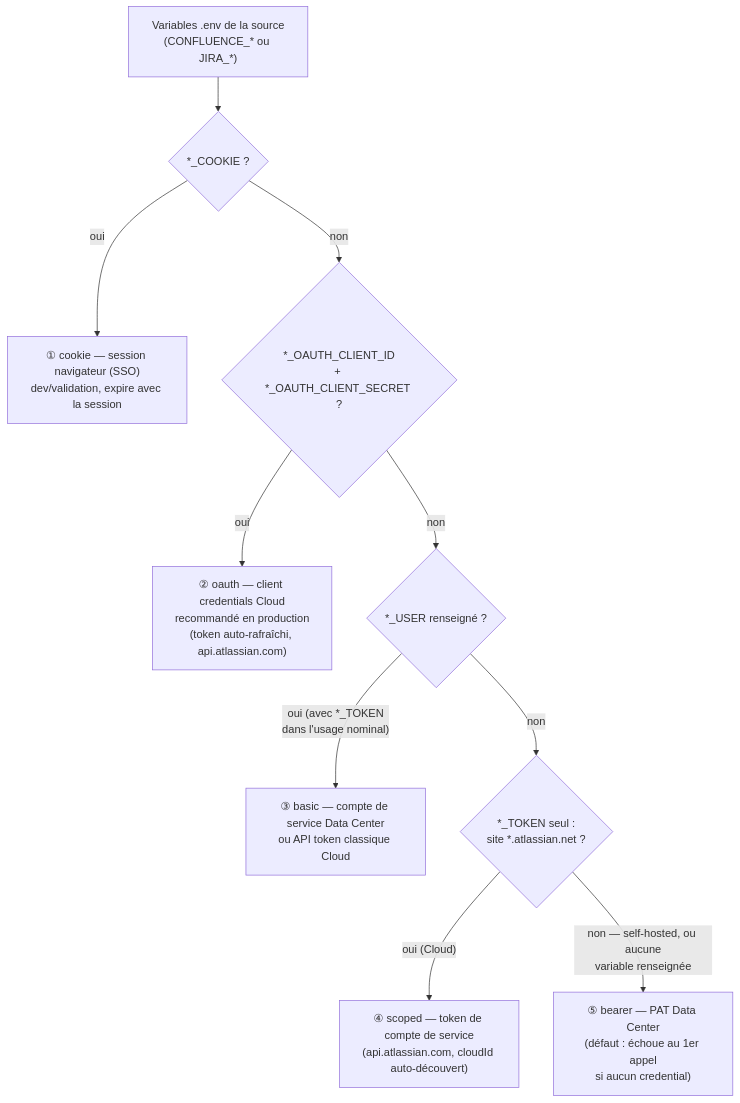
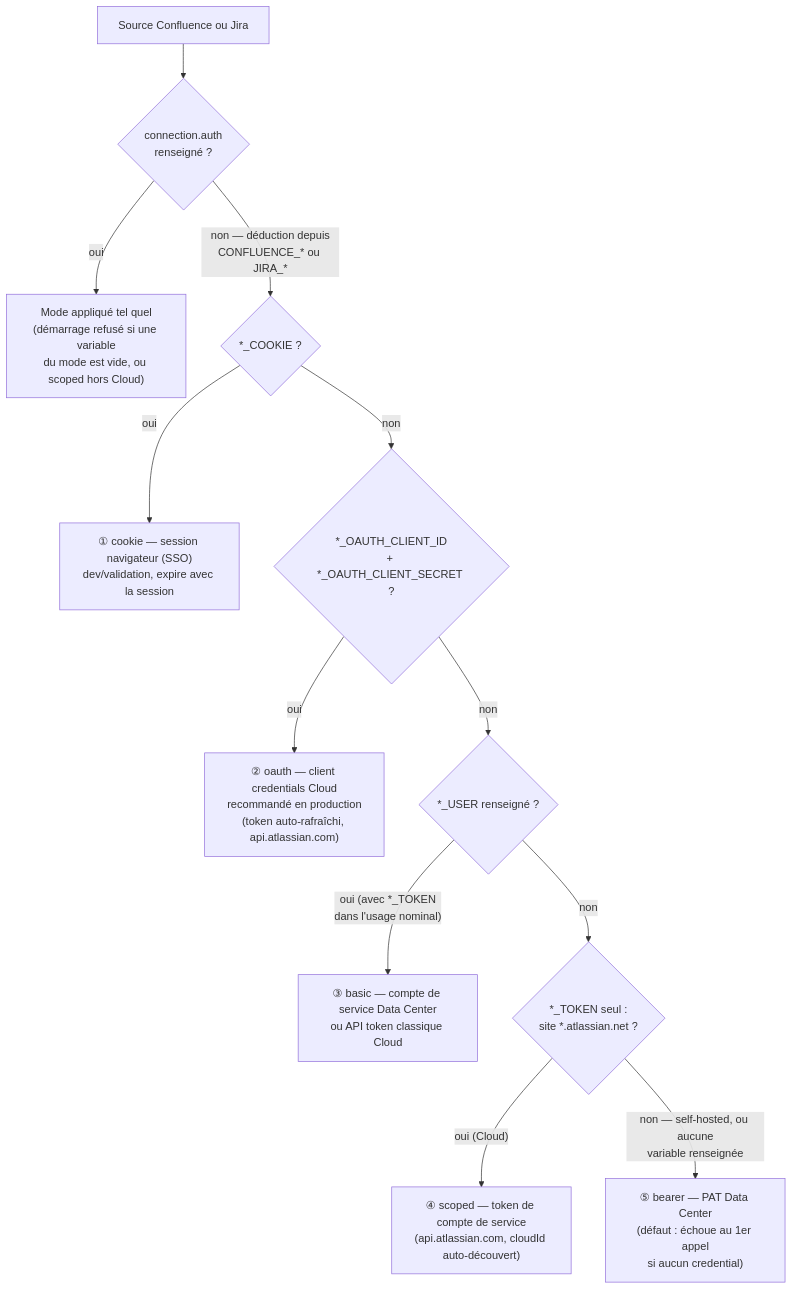
One commit to fatahbenguenna/x-rag-project-assistant changed the fourth of 6 diagrams in docs/WORKFLOWS.md. Above: the diagram before and after it, drawn with Mermaid. The commit also changed other lines of this file and 20 other files, not shown here.

First line of the commit message:
refactor: config — bloc connection explicite par source

````diff
--- a/docs/WORKFLOWS.md
+++ b/docs/WORKFLOWS.md
@@ -82,12 +84,14 @@
 ```mermaid
 flowchart TD
-    START["Variables .env de la source<br/>(CONFLUENCE_* ou JIRA_*)"] --> C1{"*_COOKIE ?"}
+    START["Source Confluence ou Jira"] --> C0{"connection.auth<br/>renseigné ?"}
+    C0 -->|oui| EXPLICIT["Mode appliqué tel quel<br/>(démarrage refusé si une variable<br/>du mode est vide, ou scoped hors Cloud)"]
+    C0 -->|"non — déduction depuis<br/>CONFLUENCE_* ou JIRA_*"| C1{"*_COOKIE ?"}
     C1 -->|oui| COOKIE["① cookie — session navigateur (SSO)<br/>dev/validation, expire avec la session"]
     C1 -->|non| C2{"*_OAUTH_CLIENT_ID<br/>+ *_OAUTH_CLIENT_SECRET ?"}
     C2 -->|oui| OAUTH["② oauth — client credentials Cloud<br/>recommandé en production<br/>(token auto-rafraîchi, api.atlassian.com)"]
     C2 -->|non| C3{"*_USER renseigné ?"}
     C3 -->|"oui (avec *_TOKEN<br/>dans l'usage nominal)"| BASIC["③ basic — compte de service Data Center<br/>ou API token classique Cloud"]
     C3 -->|non| C4{"*_TOKEN seul :<br/>site *.atlassian.net ?"}
     C4 -->|"oui (Cloud)"| SCOPED["④ scoped — token de compte de service<br/>(api.atlassian.com, cloudId auto-découvert)"]
     C4 -->|"non — self-hosted, ou aucune<br/>variable renseignée"| BEARER["⑤ bearer — PAT Data Center<br/>(défaut : échoue au 1er appel<br/>si aucun credential)"]
 ```
````
